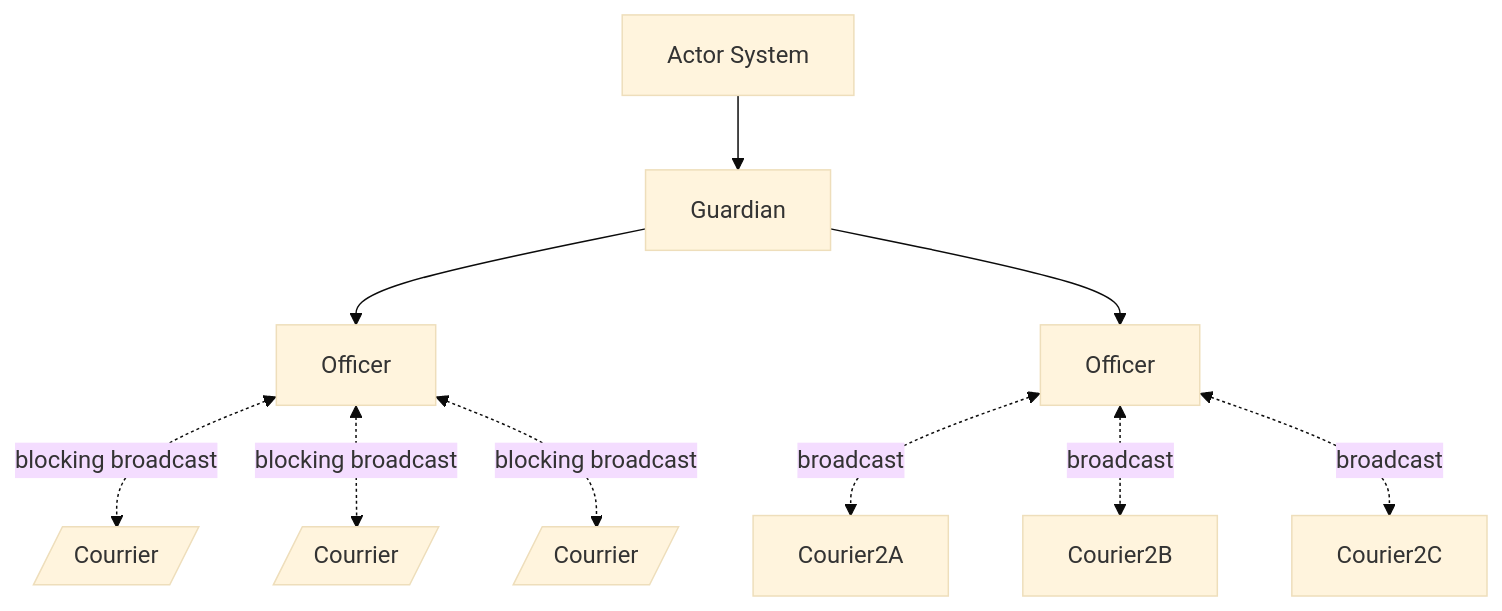
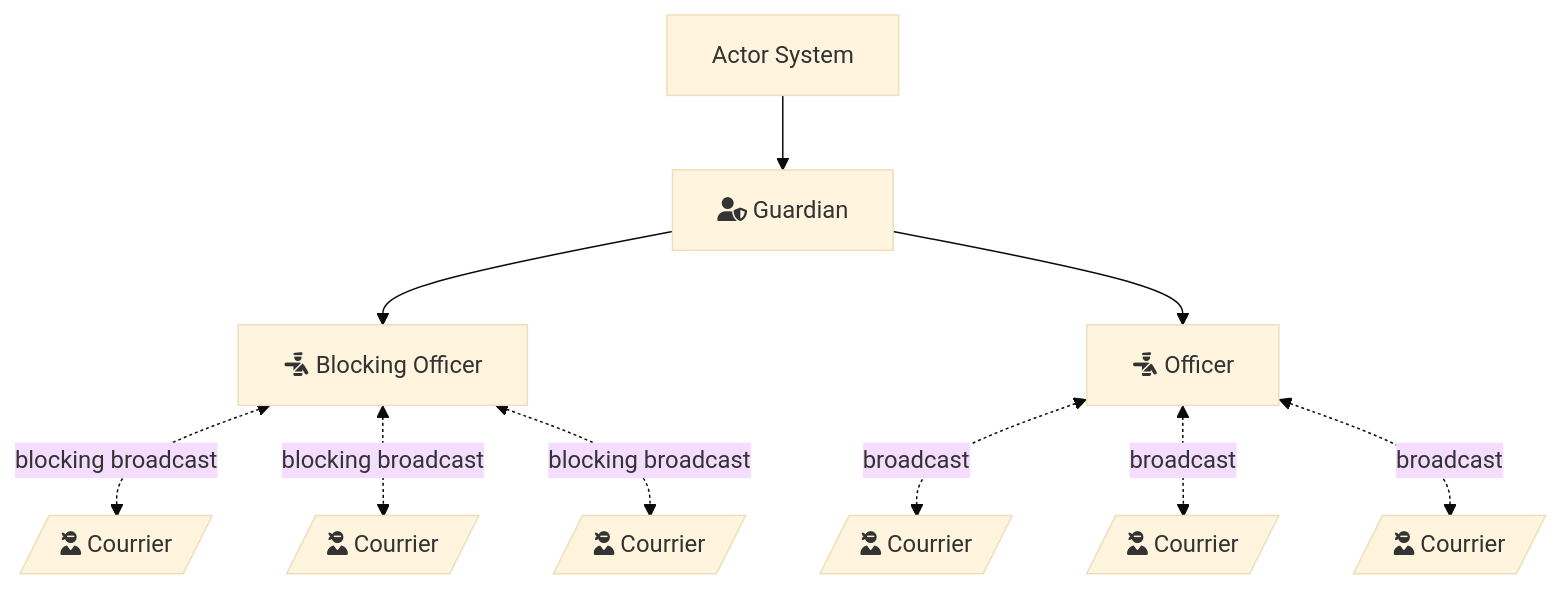
One commit to professor-greebie/sids changed the first of 2 diagrams in architecture/emmisary.md. Above: the diagram before and after it, drawn with Mermaid (base theme). The commit also changed other lines of this file and 7 other files, not shown here.

````diff
--- a/architecture/emmisary.md
+++ b/architecture/emmisary.md
@@ -20,18 +20,21 @@
 ```mermaid
 
 flowchart TD
     ActorSystem["Actor System"]
-    Guardian["Guardian"]
-    Office1["Officer"]
-    Office2["Officer"]
+    Guardian["fa:fa-user-shield Guardian"]
+    Office1["fa:fa-person-military-pointing Blocking Officer"]
+    Office2["fa:fa-person-military-pointing Officer"]
     ActorSystem --> Guardian
     Guardian --> Office1 & Office2
 
-    Courier1A[/"Courrier"/]
-    Courier1B[/"Courrier"/]
-    Courier1C[/"Courrier"/]
+    Courier1A[/"fa:fa-user-ninja Courrier"/]
+    Courier1B[/"fa:fa-user-ninja Courrier"/]
+    Courier1C[/"fa:fa-user-ninja Courrier"/]
+    Courier2A[/"fa:fa-user-ninja Courrier"/]
+    Courier2B[/"fa:fa-user-ninja Courrier"/]
+    Courier2C[/"fa:fa-user-ninja Courrier"/]
     Office1 <-.blocking broadcast-.-> Courier1A & Courier1B & Courier1C
     Office2 <-.broadcast-.-> Courier2A & Courier2B & Courier2C
 
 
 ```
````
